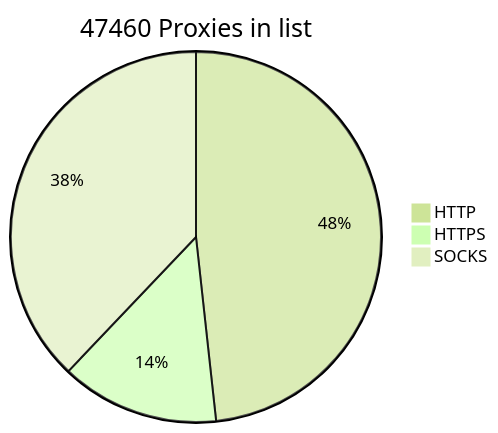
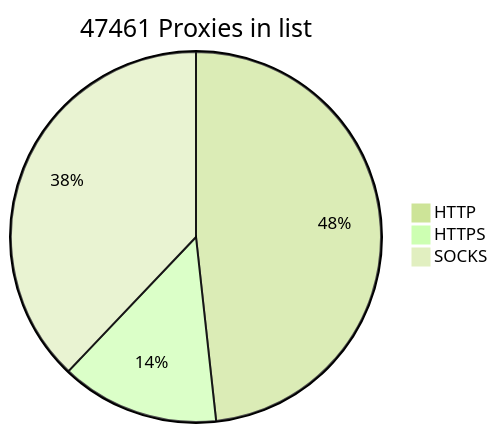
Before and after one commit to BlackSnowDot/proxylist-update-every-minute: the diagram in README.md, drawn with Mermaid (forest theme).

````diff
--- a/README.md
+++ b/README.md
@@ -2,6 +2,6 @@
 ```mermaid
-pie title 47460 Proxies in list
+pie title 47461 Proxies in list
     "HTTP" : 25596
     "HTTPS": 7337
-    "SOCKS" : 20101
+    "SOCKS" : 20102
 ```
````
